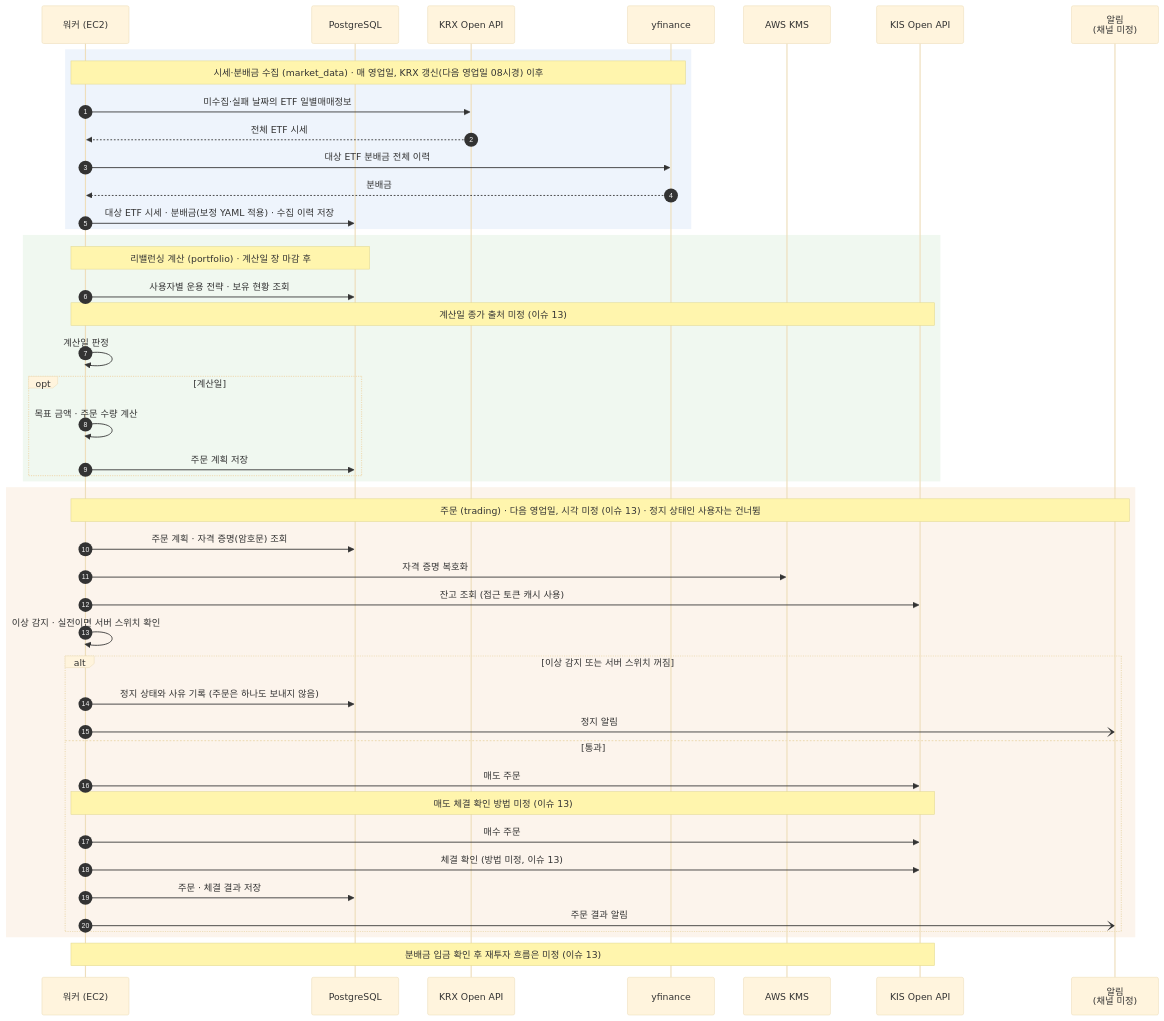
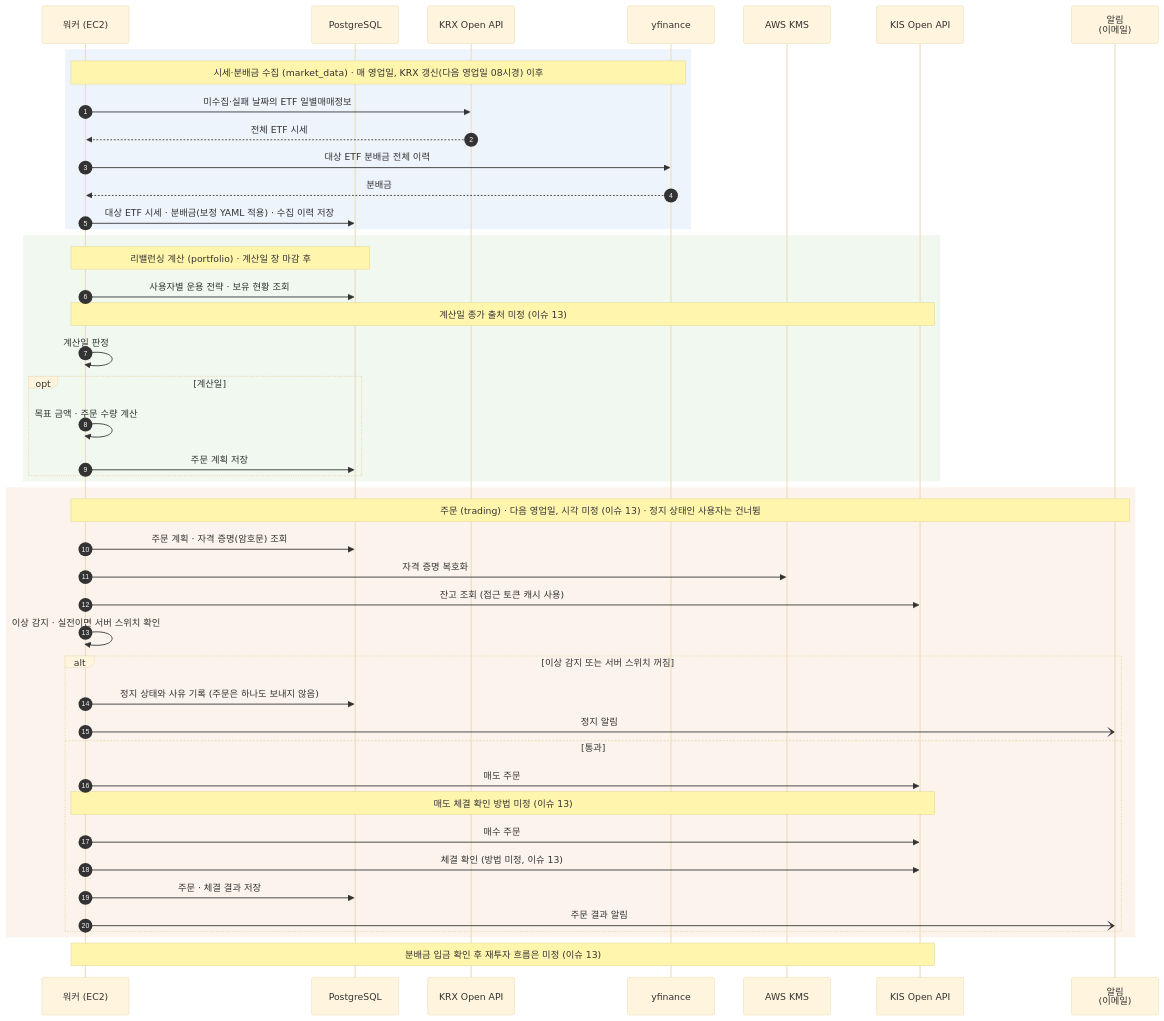
The third of 3 diagrams in docs/architecture.md (tukorea-capston-project/etf-rebalancing), drawn with Mermaid (base theme) before and after one commit. The commit also changed other lines of this file and 11 other files, not shown here.

````diff
--- a/docs/architecture.md
+++ b/docs/architecture.md
@@ -192,52 +193,52 @@
 ```mermaid
 sequenceDiagram
     autonumber
     participant W as 워커 (EC2)
     participant DB as PostgreSQL
     participant KRX as KRX Open API
     participant YF as yfinance
     participant KMS as AWS KMS
     participant KIS as KIS Open API
-    participant N as 알림<br/>(채널 미정)
+    participant N as 알림<br/>(이메일)
 
     rect rgb(238, 244, 252)
         Note over W,YF: 시세·분배금 수집 (market_data) · 매 영업일, KRX 갱신(다음 영업일 08시경) 이후
         W->>KRX: 미수집·실패 날짜의 ETF 일별매매정보
         KRX-->>W: 전체 ETF 시세
         W->>YF: 대상 ETF 분배금 전체 이력
         YF-->>W: 분배금
         W->>DB: 대상 ETF 시세 · 분배금(보정 YAML 적용) · 수집 이력 저장
     end
 
     rect rgb(240, 248, 240)
         Note over W,DB: 리밸런싱 계산 (portfolio) · 계산일 장 마감 후
         W->>DB: 사용자별 운용 전략 · 보유 현황 조회
         Note over W,KIS: 계산일 종가 출처 미정 (이슈 13)
         W->>W: 계산일 판정
         opt 계산일
             W->>W: 목표 금액 · 주문 수량 계산
             W->>DB: 주문 계획 저장
         end
     end
 
     rect rgb(252, 244, 236)
         Note over W,N: 주문 (trading) · 다음 영업일, 시각 미정 (이슈 13) · 정지 상태인 사용자는 건너뜀
         W->>DB: 주문 계획 · 자격 증명(암호문) 조회
         W->>KMS: 자격 증명 복호화
         W->>KIS: 잔고 조회 (접근 토큰 캐시 사용)
         W->>W: 이상 감지 · 실전이면 서버 스위치 확인
         alt 이상 감지 또는 서버 스위치 꺼짐
             W->>DB: 정지 상태와 사유 기록 (주문은 하나도 보내지 않음)
             W-)N: 정지 알림
         else 통과
             W->>KIS: 매도 주문
             Note over W,KIS: 매도 체결 확인 방법 미정 (이슈 13)
             W->>KIS: 매수 주문
             W->>KIS: 체결 확인 (방법 미정, 이슈 13)
             W->>DB: 주문 · 체결 결과 저장
             W-)N: 주문 결과 알림
         end
     end
 
     Note over W,KIS: 분배금 입금 확인 후 재투자 흐름은 미정 (이슈 13)
 ```
````
